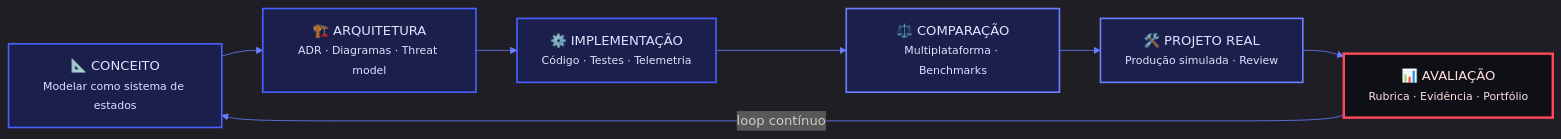
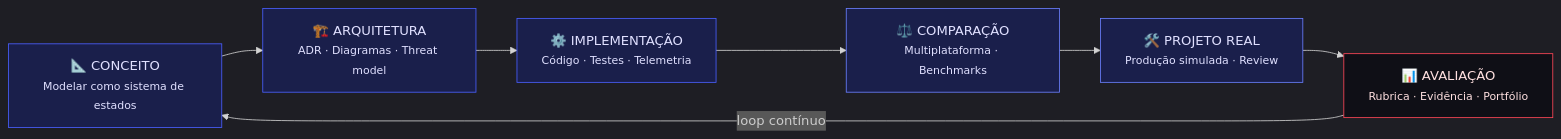
One commit to matheusflorindo32/nexus-agent-engineering-academy changed the second of 2 diagrams in README.md. Above: the diagram before and after it, drawn with Mermaid. The commit also changed other lines of this file, not shown here.

````diff
--- a/README.md
+++ b/README.md
@@ -153,17 +515,17 @@
 ```mermaid
-%%{init: {'theme': 'dark', 'themeVariables': { 'primaryColor': '#1a1f4b', 'primaryTextColor': '#e0e0ff', 'primaryBorderColor': '#4a5fff', 'lineColor': '#6a7fff'}}}%%
+%%{init: {'theme': 'dark'}}%%
 graph LR
     A["📐 CONCEITO<br/><small>Modelar como sistema de estados</small>"] --> B["🏗️ ARQUITETURA<br/><small>ADR · Diagramas · Threat model</small>"]
     B --> C["⚙️ IMPLEMENTAÇÃO<br/><small>Código · Testes · Telemetria</small>"]
     C --> D["⚖️ COMPARAÇÃO<br/><small>Multiplataforma · Benchmarks</small>"]
     D --> E["🛠️ PROJETO REAL<br/><small>Produção simulada · Review</small>"]
     E --> F["📊 AVALIAÇÃO<br/><small>Rubrica · Evidência · Portfólio</small>"]
     F -->|loop contínuo| A
 
-    style A fill:#1a1f4b,stroke:#4a5fff,color:#e0e0ff,stroke-width:2px
-    style B fill:#1a1f4b,stroke:#4a5fff,color:#e0e0ff,stroke-width:2px
-    style C fill:#1a1f4b,stroke:#4a5fff,color:#e0e0ff,stroke-width:2px
-    style D fill:#1a1f4b,stroke:#6a7fff,color:#e0e0ff,stroke-width:2px
-    style E fill:#1a1f4b,stroke:#6a7fff,color:#e0e0ff,stroke-width:2px
-    style F fill:#0f0f16,stroke:#ff4757,color:#ffe0e0,stroke-width:3px
+    style A fill:#1a1f4b,stroke:#4a5fff,color:#e0e0ff
+    style B fill:#1a1f4b,stroke:#4a5fff,color:#e0e0ff
+    style C fill:#1a1f4b,stroke:#4a5fff,color:#e0e0ff
+    style D fill:#1a1f4b,stroke:#6a7fff,color:#e0e0ff
+    style E fill:#1a1f4b,stroke:#6a7fff,color:#e0e0ff
+    style F fill:#0f0f16,stroke:#ff4757,color:#ffe0e0
 ```
````
